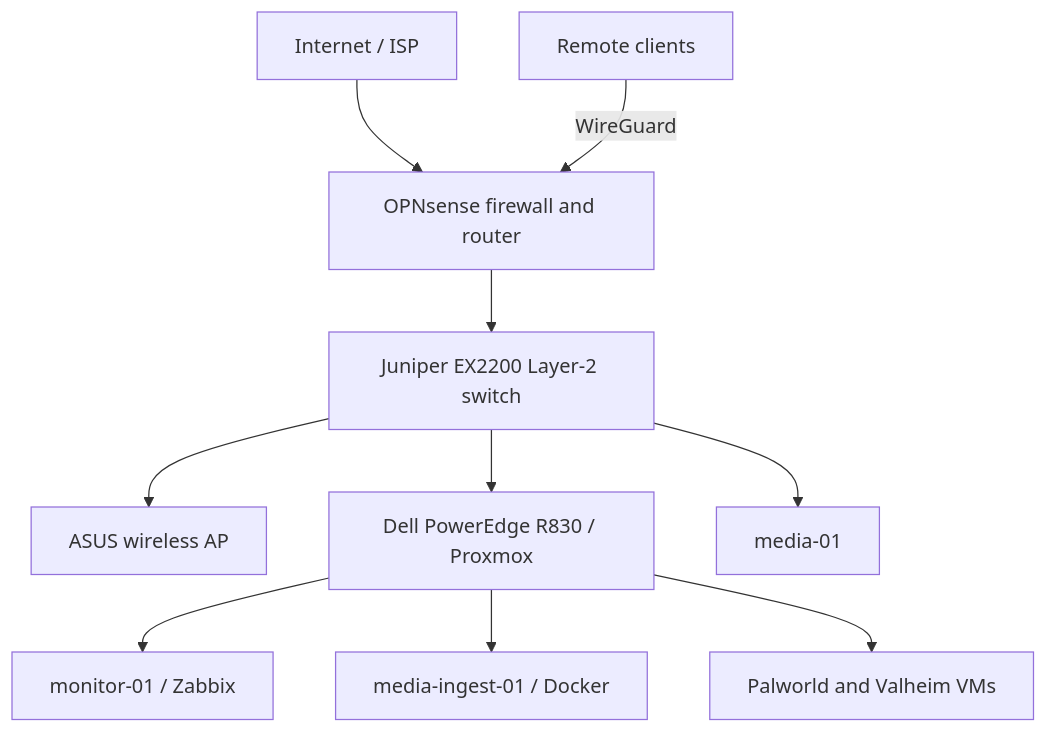
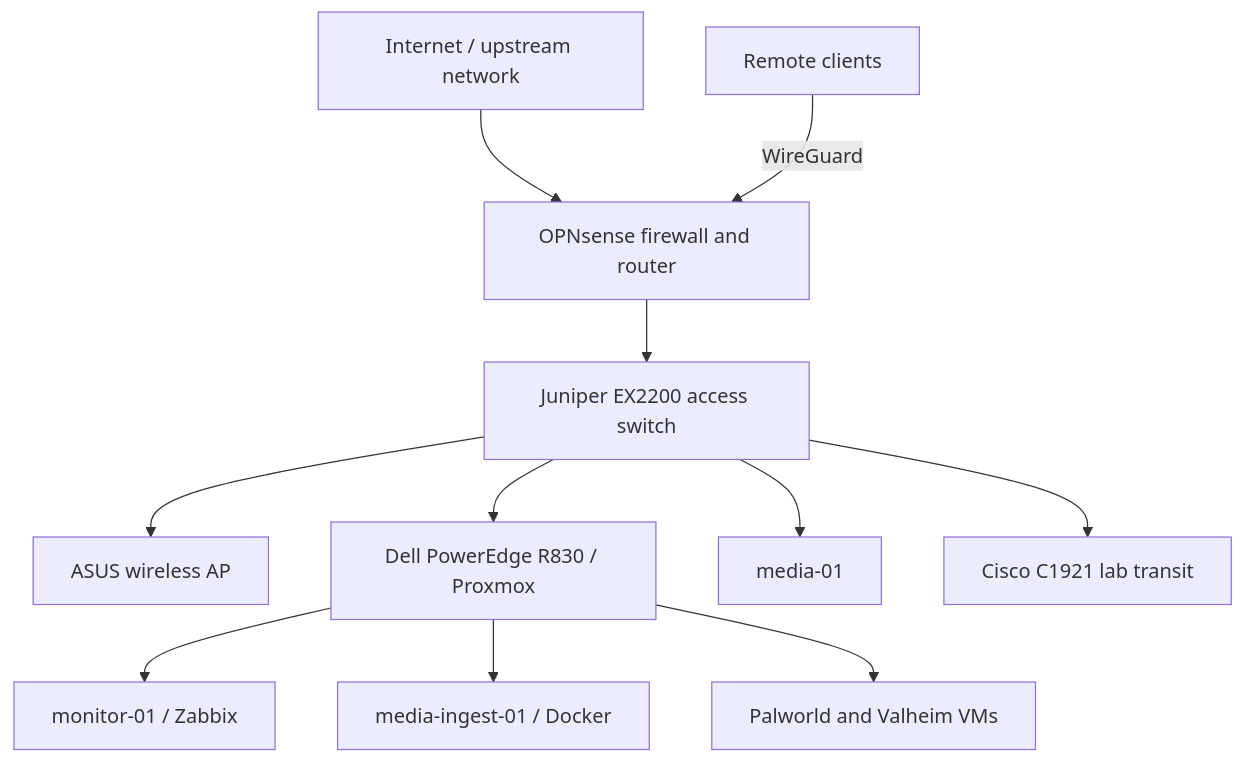
Before and after one commit to nicholasmbattista23/home-lab-infrastructure: the diagram in README.md, drawn with Mermaid. The commit also changed other lines of this file and 8 other files, not shown here.

````diff
--- a/README.md
+++ b/README.md
@@ -9,12 +9,13 @@
 ```mermaid
 flowchart TB
-    Internet["Internet / ISP"] --> FW["OPNsense firewall and router"]
+    Internet["Internet / upstream network"] --> FW["OPNsense firewall and router"]
     Remote["Remote clients"] -->|"WireGuard"| FW
-    FW --> SW["Juniper EX2200 Layer-2 switch"]
+    FW --> SW["Juniper EX2200 access switch"]
     SW --> AP["ASUS wireless AP"]
     SW --> PVE["Dell PowerEdge R830 / Proxmox"]
     SW --> MEDIA["media-01"]
+    SW --> TRANSIT["Cisco C1921 lab transit"]
     PVE --> MON["monitor-01 / Zabbix"]
     PVE --> INGEST["media-ingest-01 / Docker"]
     PVE --> GAMES["Palworld and Valheim VMs"]
 ```
````
